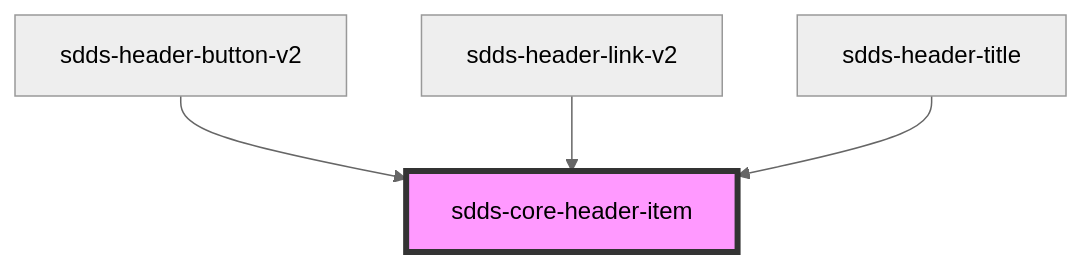
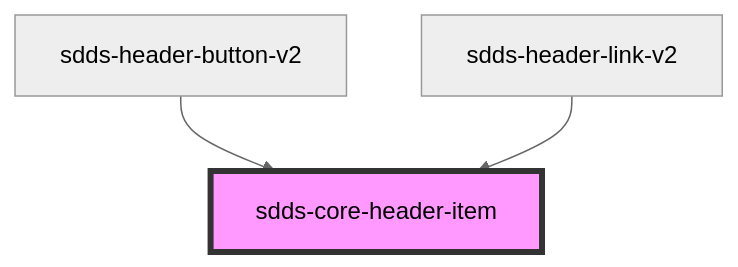
Before and after one commit to scania-digital-design-system/sdds: the diagram in tegel/src/components/header/webcomponent-v2/core-header-item/readme.md, drawn with Mermaid (neutral theme). The commit also changed other lines of this file and 5 other files, not shown here.

````diff
--- a/tegel/src/components/header/webcomponent-v2/core-header-item/readme.md
+++ b/tegel/src/components/header/webcomponent-v2/core-header-item/readme.md
@@ -17,7 +16,6 @@
 ```mermaid
 graph TD;
   sdds-header-button-v2 --> sdds-core-header-item
   sdds-header-link-v2 --> sdds-core-header-item
-  sdds-header-title --> sdds-core-header-item
   style sdds-core-header-item fill:#f9f,stroke:#333,stroke-width:4px
 ```
````
